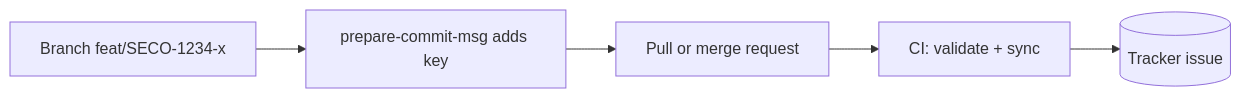
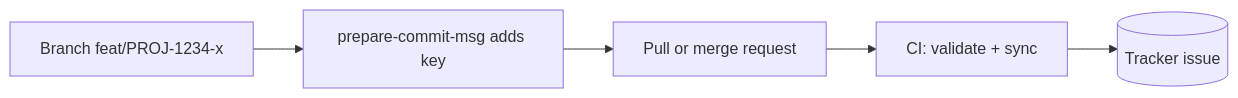
One commit to royzah/traceability-helper changed the diagram in README.md. Above: the diagram before and after it, drawn with Mermaid. The commit also changed other lines of this file and 15 other files, not shown here.

````diff
--- a/README.md
+++ b/README.md
@@ -21,7 +21,7 @@
 ```mermaid
 flowchart LR
-  dev[Branch feat/SECO-1234-x] --> hook[prepare-commit-msg adds key]
+  dev[Branch feat/PROJ-1234-x] --> hook[prepare-commit-msg adds key]
   hook --> pr[Pull or merge request]
   pr --> ci[CI: validate + sync]
   ci --> issue[(Tracker issue)]
 ```
````
